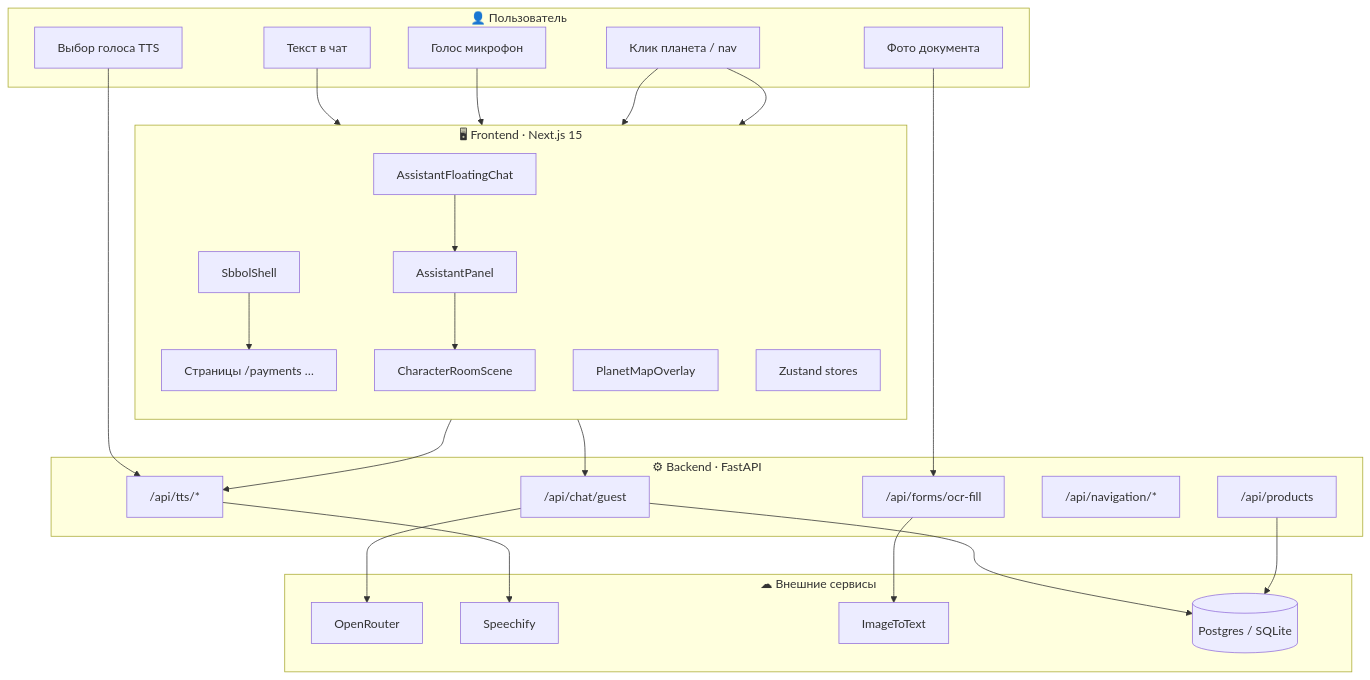
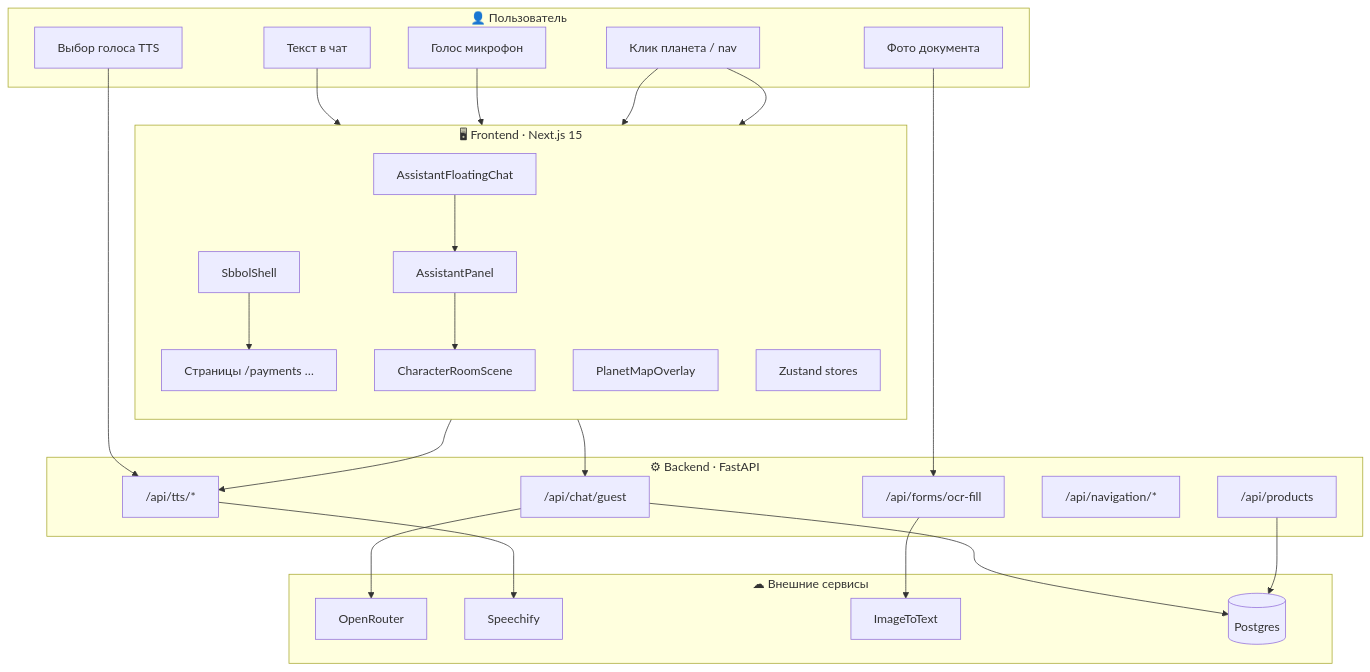
One commit to grrraaaa/mvp changed the second of 12 diagrams in docs/FEATURE_MAP.md. Above: the diagram before and after it, drawn with Mermaid. The commit also changed other lines of this file and 112 other files, not shown here.

````diff
--- a/docs/FEATURE_MAP.md
+++ b/docs/FEATURE_MAP.md
@@ -55,51 +55,51 @@
 ```mermaid
 flowchart TB
     subgraph USER["👤 Пользователь"]
         U1[Текст в чат]
         U2[Голос микрофон]
         U3[Фото документа]
         U4[Клик планета / nav]
         U5[Выбор голоса TTS]
     end
 
     subgraph FE["🖥 Frontend · Next.js 15"]
         direction TB
         SHELL[SbbolShell]
         PAGES[Страницы /payments …]
         CHAT[AssistantFloatingChat]
         PANEL[AssistantPanel]
         MAP[PlanetMapOverlay]
         CHAR[CharacterRoomScene]
         STORES[Zustand stores]
         SHELL --> PAGES
         CHAT --> PANEL --> CHAR
     end
 
     subgraph BE["⚙ Backend · FastAPI"]
         CHAT_API["/api/chat/guest"]
         TTS_API["/api/tts/*"]
         OCR_API["/api/forms/ocr-fill"]
         NAV_API["/api/navigation/*"]
         PROD_API["/api/products"]
     end
 
     subgraph EXT["☁ Внешние сервисы"]
         OR[OpenRouter]
         SP[Speechify]
         OCR[ImageToText]
-        DB[(Postgres / SQLite)]
+        DB[(Postgres)]
     end
 
     U1 & U2 --> CHAT
     U3 --> OCR_API
     U4 --> MAP & SHELL
     U5 --> TTS_API
 
     CHAT --> CHAT_API
     PANEL --> TTS_API
     CHAT_API --> OR
     TTS_API --> SP
     OCR_API --> OCR
     CHAT_API --> DB
     PROD_API --> DB
 ```
````
